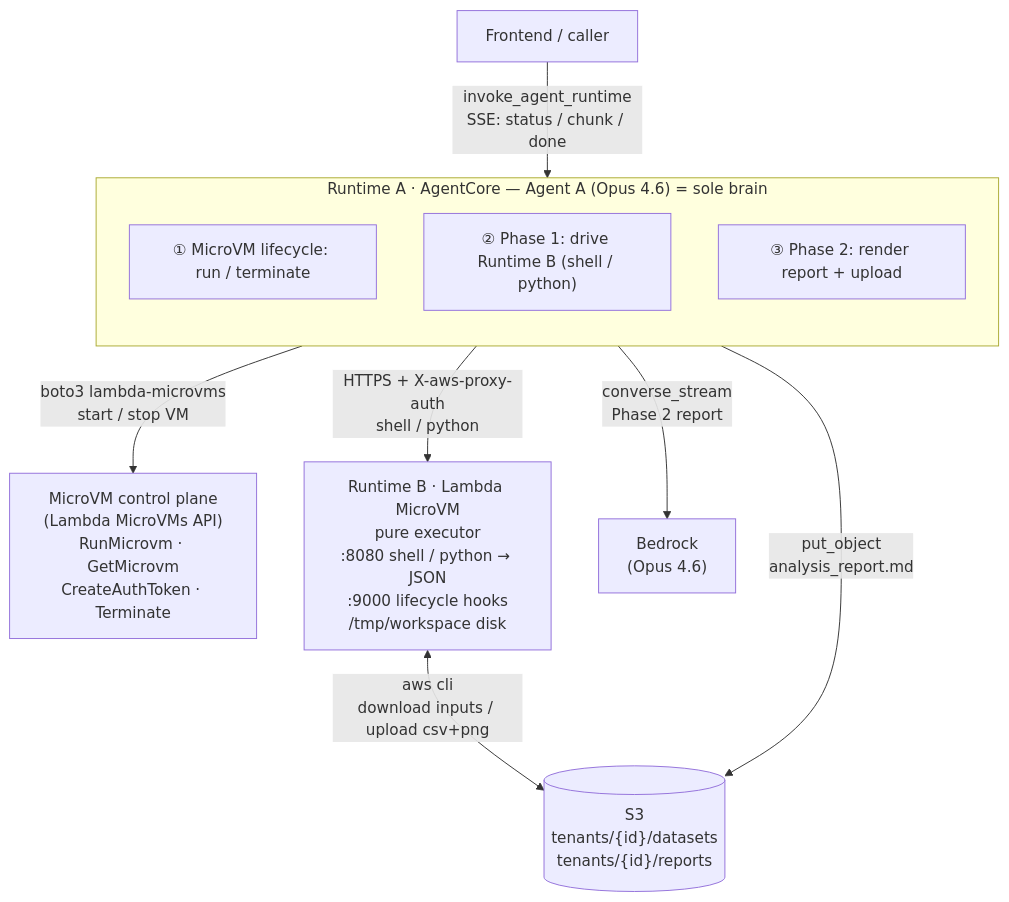
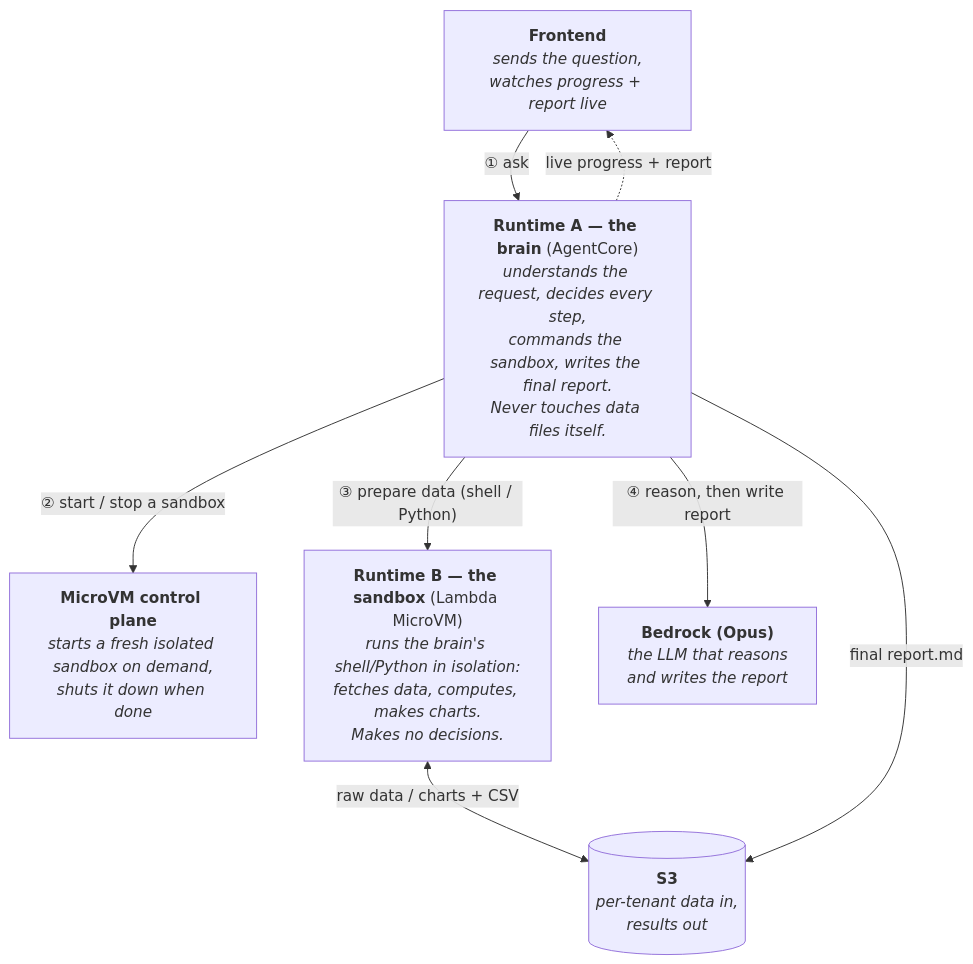
One commit to jansony1/agentcore-runtime-data-persistence-demo changed the first of 3 diagrams in DESIGN_V5.md. Above: the diagram before and after it, drawn with Mermaid. The commit also changed other lines of this file and 1 other file, not shown here.

First line of the commit message:
Make architecture diagrams readable: describe what each box does, drop jargon

````diff
--- a/DESIGN_V5.md
+++ b/DESIGN_V5.md
@@ -34,23 +34,22 @@
 ```mermaid
 flowchart TB
-    FE["Frontend / caller"]
+    FE["<b>Frontend</b><br/><i>sends the question,<br/>watches progress + report live</i>"]
 
-    subgraph RA["Runtime A · AgentCore — Agent A (Opus 4.6) = sole brain"]
-        direction TB
-        L["① MicroVM lifecycle: run / terminate"]
-        P1["② Phase 1: drive Runtime B (shell / python)"]
-        P2["③ Phase 2: render report + upload"]
-    end
+    RA["<b>Runtime A — the brain</b> (AgentCore)<br/><i>understands the request, decides every step,<br/>commands the sandbox, writes the final report.<br/>Never touches data files itself.</i>"]
 
-    CP["MicroVM control plane<br/>(Lambda MicroVMs API)<br/>RunMicrovm · GetMicrovm<br/>CreateAuthToken · Terminate"]
-    RB["Runtime B · Lambda MicroVM<br/>pure executor<br/>:8080 shell / python → JSON<br/>:9000 lifecycle hooks<br/>/tmp/workspace disk"]
-    BR["Bedrock<br/>(Opus 4.6)"]
-    S3[("S3<br/>tenants/{id}/datasets<br/>tenants/{id}/reports")]
+    CP["<b>MicroVM control plane</b><br/><i>starts a fresh isolated sandbox on demand,<br/>shuts it down when done</i>"]
 
-    FE -->|"invoke_agent_runtime<br/>SSE: status / chunk / done"| RA
-    RA -->|"boto3 lambda-microvms<br/>start / stop VM"| CP
-    RA -->|"HTTPS + X-aws-proxy-auth<br/>shell / python"| RB
-    RA -->|"converse_stream<br/>Phase 2 report"| BR
-    RB <-->|"aws cli<br/>download inputs / upload csv+png"| S3
-    RA -->|"put_object<br/>analysis_report.md"| S3
+    RB["<b>Runtime B — the sandbox</b> (Lambda MicroVM)<br/><i>runs the brain's shell/Python in isolation:<br/>fetches data, computes, makes charts.<br/>Makes no decisions.</i>"]
+
+    BR["<b>Bedrock (Opus)</b><br/><i>the LLM that reasons<br/>and writes the report</i>"]
+
+    S3[("<b>S3</b><br/><i>per-tenant data in,<br/>results out</i>")]
+
+    FE -->|"① ask"| RA
+    RA -->|"② start / stop a sandbox"| CP
+    RA -->|"③ prepare data (shell / Python)"| RB
+    RA -->|"④ reason, then write report"| BR
+    RB <-->|"raw data / charts + CSV"| S3
+    RA -->|"final report.md"| S3
+    RA -.->|"live progress + report"| FE
 ```
````
